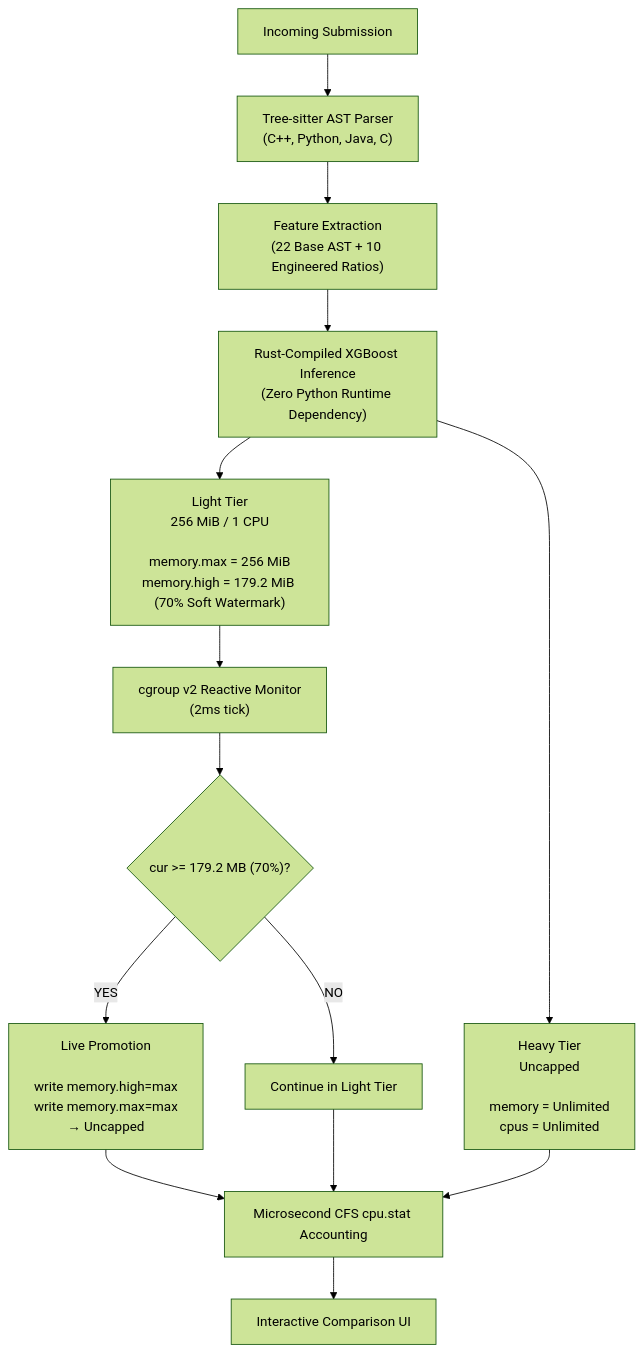
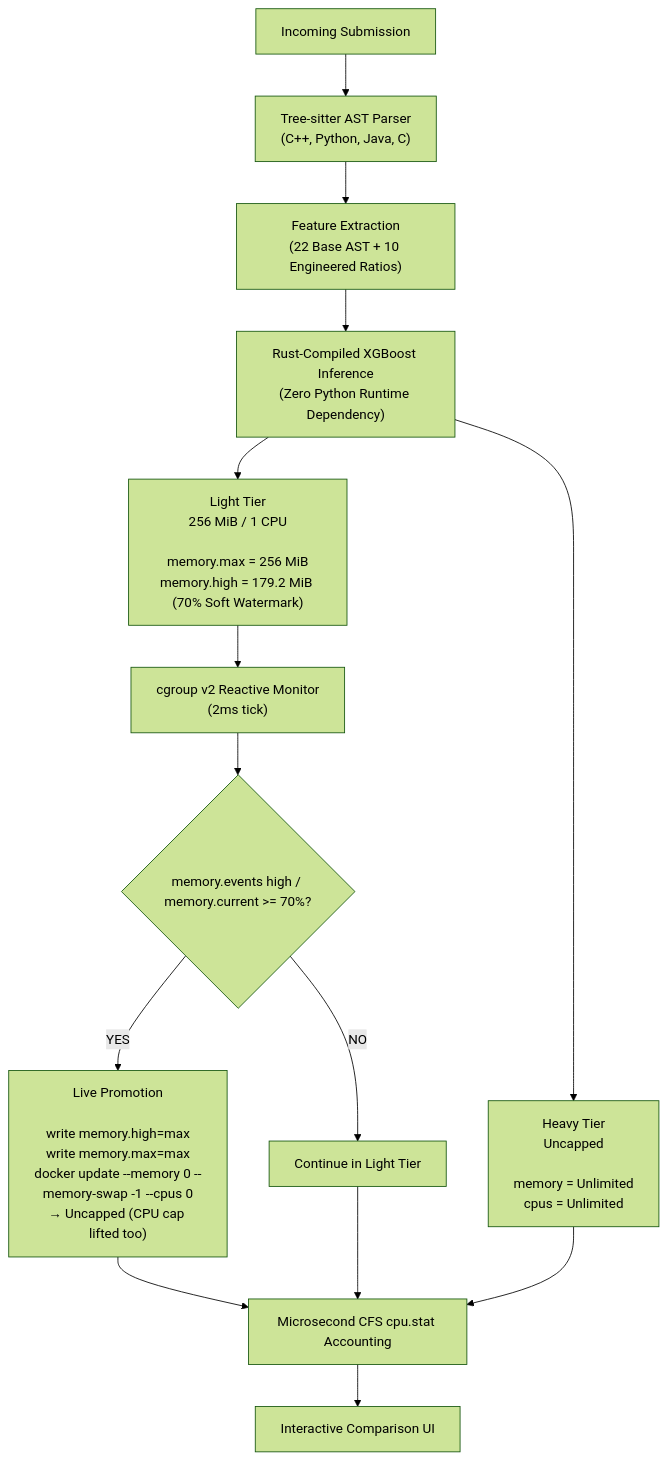
The diagram in README.md (Dhanush-M-1/RAAS-OCJS-1), drawn with Mermaid (forest theme) before and after one commit. The commit also changed other lines of this file and 11 other files, not shown here.

````diff
--- a/README.md
+++ b/README.md
@@ -52,24 +52,24 @@
 ```mermaid
 flowchart TD
     A["Incoming Submission"]
     B["Tree-sitter AST Parser<br/>(C++, Python, Java, C)"]
     C["Feature Extraction<br/>(22 Base AST + 10 Engineered Ratios)"]
     D["Rust-Compiled XGBoost Inference<br/>(Zero Python Runtime Dependency)"]
 
     A --> B --> C --> D
 
     D --> E["Light Tier<br/>256 MiB / 1 CPU<br/><br/>memory.max = 256 MiB<br/>memory.high = 179.2 MiB (70% Soft Watermark)"]
     D --> F["Heavy Tier<br/>Uncapped<br/><br/>memory = Unlimited<br/>cpus = Unlimited"]
 
     E --> G["cgroup v2 Reactive Monitor<br/>(2ms tick)"]
-    G --> H{"cur >= 179.2 MB (70%)?"}
+    G --> H{"memory.events high / memory.current >= 70%?"}
 
-    H -->|YES| I["Live Promotion<br/><br/>write memory.high=max<br/>write memory.max=max<br/>→ Uncapped"]
+    H -->|YES| I["Live Promotion<br/><br/>write memory.high=max<br/>write memory.max=max<br/>docker update --memory 0 --memory-swap -1 --cpus 0<br/>→ Uncapped (CPU cap lifted too)"]
     H -->|NO| J["Continue in Light Tier"]
 
     I --> K["Microsecond CFS cpu.stat Accounting"]
     J --> K
     F --> K
 
     K --> L["Interactive Comparison UI"]
 ```
````
